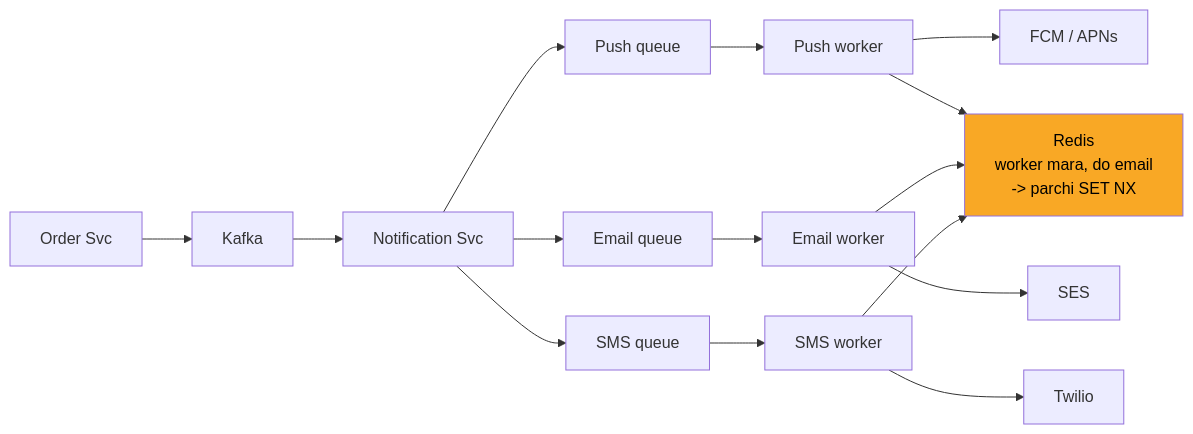
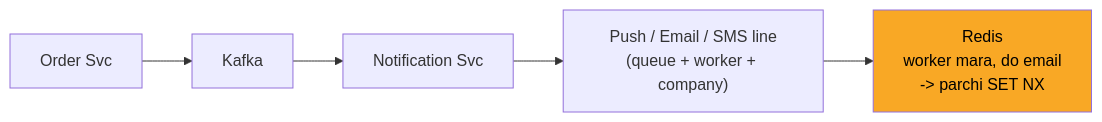
One commit to ArpanMaheshwari144/Prep changed the fourth of 13 diagrams in 04_HLD/SYSTEM_DESIGNS/04_notification_system/04_notification_system.md. Above: the diagram before and after it, drawn with Mermaid. The commit also changed other lines of this file and 11 other files, not shown here.

Commit message:
hld: card diagrams max 8 boxes (App x N, merged stores/chains; full diagram only in AAKHRI DABBA)

````diff
--- a/04_HLD/SYSTEM_DESIGNS/04_notification_system/04_notification_system.md
+++ b/04_HLD/SYSTEM_DESIGNS/04_notification_system/04_notification_system.md
@@ -182,31 +170,13 @@
 ```mermaid
 flowchart LR
     n_Order_Svc["Order Svc"]
     n_Kafka["Kafka"]
     n_Notification_Svc["Notification Svc"]
-    n_Push_queue["Push queue"]
-    n_Push_worker["Push worker"]
-    n_FCM_APNs["FCM / APNs"]
-    n_Email_queue["Email queue"]
-    n_Email_worker["Email worker"]
-    n_SES["SES"]
-    n_SMS_queue["SMS queue"]
-    n_SMS_worker["SMS worker"]
-    n_Twilio["Twilio"]
+    n_LINES["Push / Email / SMS line<br/>(queue + worker + company)"]
     n_Redis["Redis<br/>worker mara, do email<br/>-> parchi SET NX"]
     n_Order_Svc --> n_Kafka
     n_Kafka --> n_Notification_Svc
-    n_Notification_Svc --> n_Push_queue
-    n_Notification_Svc --> n_Email_queue
-    n_Notification_Svc --> n_SMS_queue
-    n_Push_queue --> n_Push_worker
-    n_Push_worker --> n_FCM_APNs
-    n_Email_queue --> n_Email_worker
-    n_Email_worker --> n_SES
-    n_SMS_queue --> n_SMS_worker
-    n_SMS_worker --> n_Twilio
-    n_Push_worker --> n_Redis
-    n_Email_worker --> n_Redis
-    n_SMS_worker --> n_Redis
+    n_Notification_Svc --> n_LINES
+    n_LINES --> n_Redis
     style n_Redis fill:#f9a825,color:#000
 ```
````
